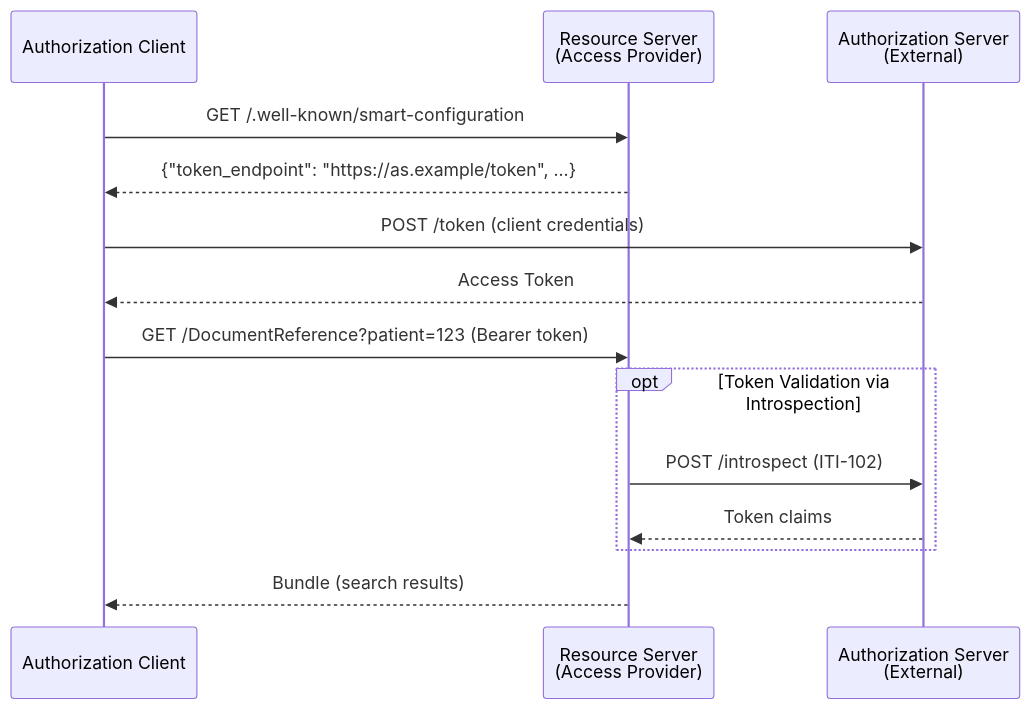
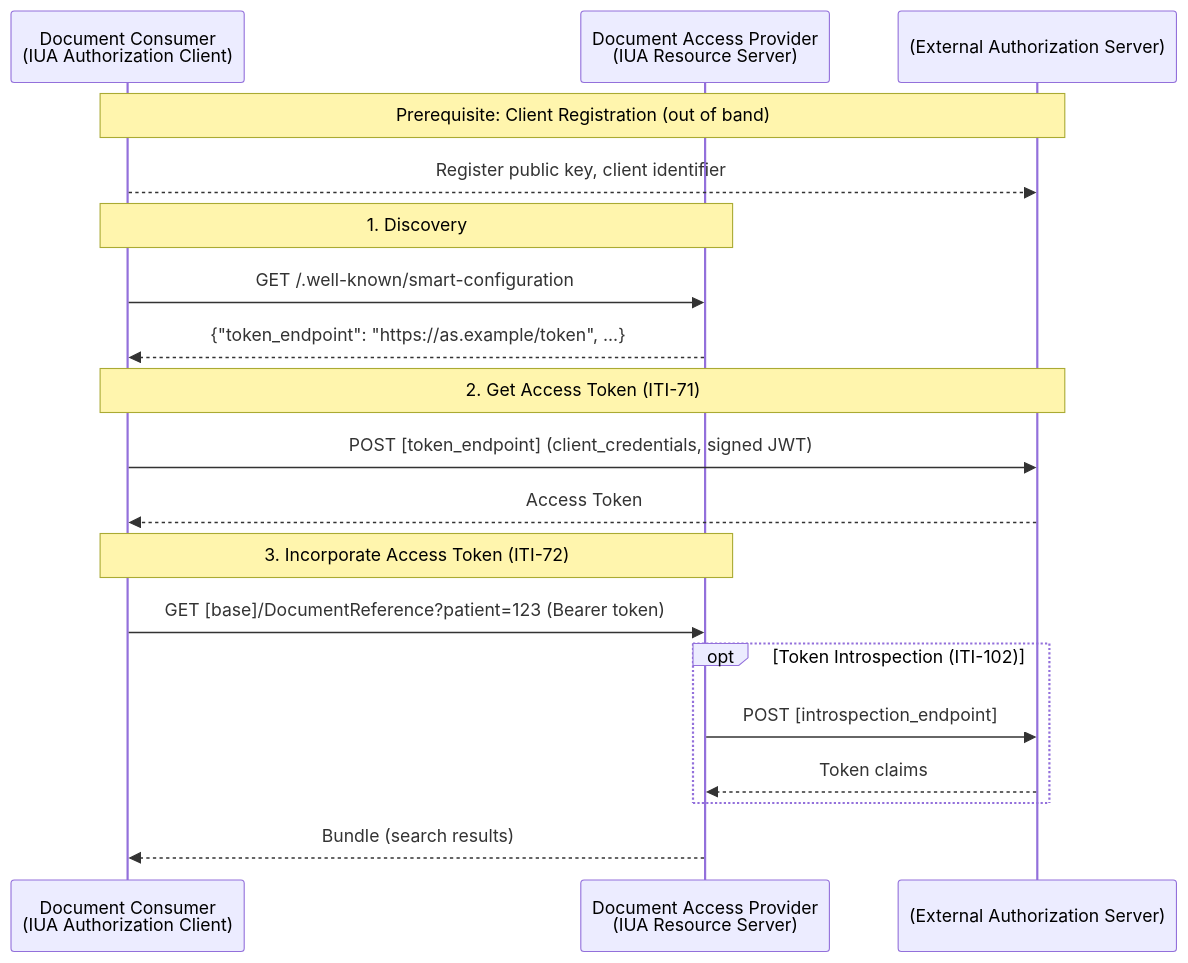
The second of 2 diagrams in input/pagecontent/authorization.md (euridice-org/jwg-api), drawn with Mermaid before and after one commit. The commit also changed other lines of this file and 1 other file, not shown here.

First line of the commit message:
Refactor authorization page for SMART alignment

````diff
--- a/input/pagecontent/authorization.md
+++ b/input/pagecontent/authorization.md
@@ -129,21 +149,25 @@
 ```mermaid
 sequenceDiagram
-    participant Client as Authorization Client
-    participant RS as Resource Server<br/>(Access Provider)
-    participant AS as Authorization Server<br/>(External)
+    participant Client as Document Consumer<br/>(IUA Authorization Client)
+    participant AP as Document Access Provider<br/>(IUA Resource Server)
+    participant AS as (External Authorization Server)
 
-    Client->>RS: GET /.well-known/smart-configuration
-    RS-->>Client: {"token_endpoint": "https://as.example/token", ...}
+    Note over Client,AS: Prerequisite: Client Registration (out of band)
+    Client-->>AS: Register public key, client identifier
 
-    Client->>AS: POST /token (client credentials)
+    Note over Client,AP: 1. Discovery
+    Client->>AP: GET /.well-known/smart-configuration
+    AP-->>Client: {"token_endpoint": "https://as.example/token", ...}
+
+    Note over Client,AS: 2. Get Access Token (ITI-71)
+    Client->>AS: POST [token_endpoint] (client_credentials, signed JWT)
     AS-->>Client: Access Token
 
-    Client->>RS: GET /DocumentReference?patient=123 (Bearer token)
-
-    opt Token Validation via Introspection
-        RS->>AS: POST /introspect (ITI-102)
-        AS-->>RS: Token claims
+    Note over Client,AP: 3. Incorporate Access Token (ITI-72)
+    Client->>AP: GET [base]/DocumentReference?patient=123 (Bearer token)
+    opt Token Introspection (ITI-102)
+        AP->>AS: POST [introspection_endpoint]
+        AS-->>AP: Token claims
     end
-
-    RS-->>Client: Bundle (search results)
+    AP-->>Client: Bundle (search results)
 ```
````
